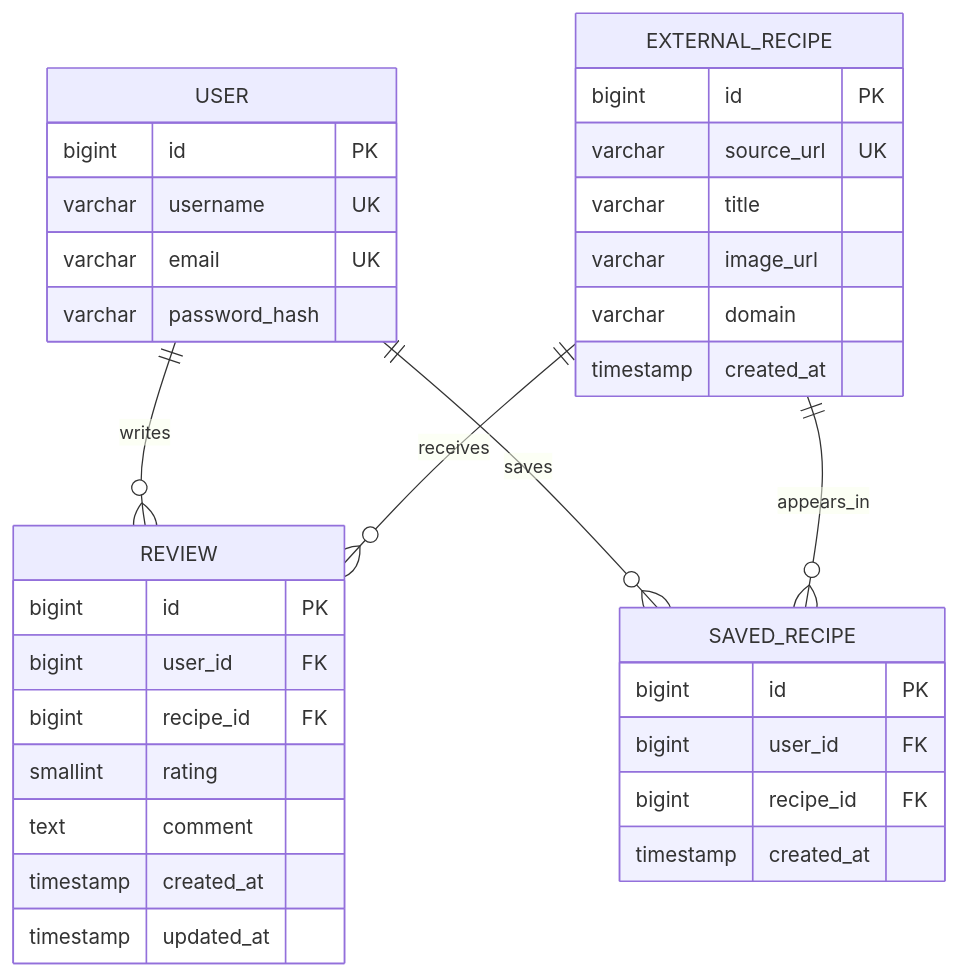
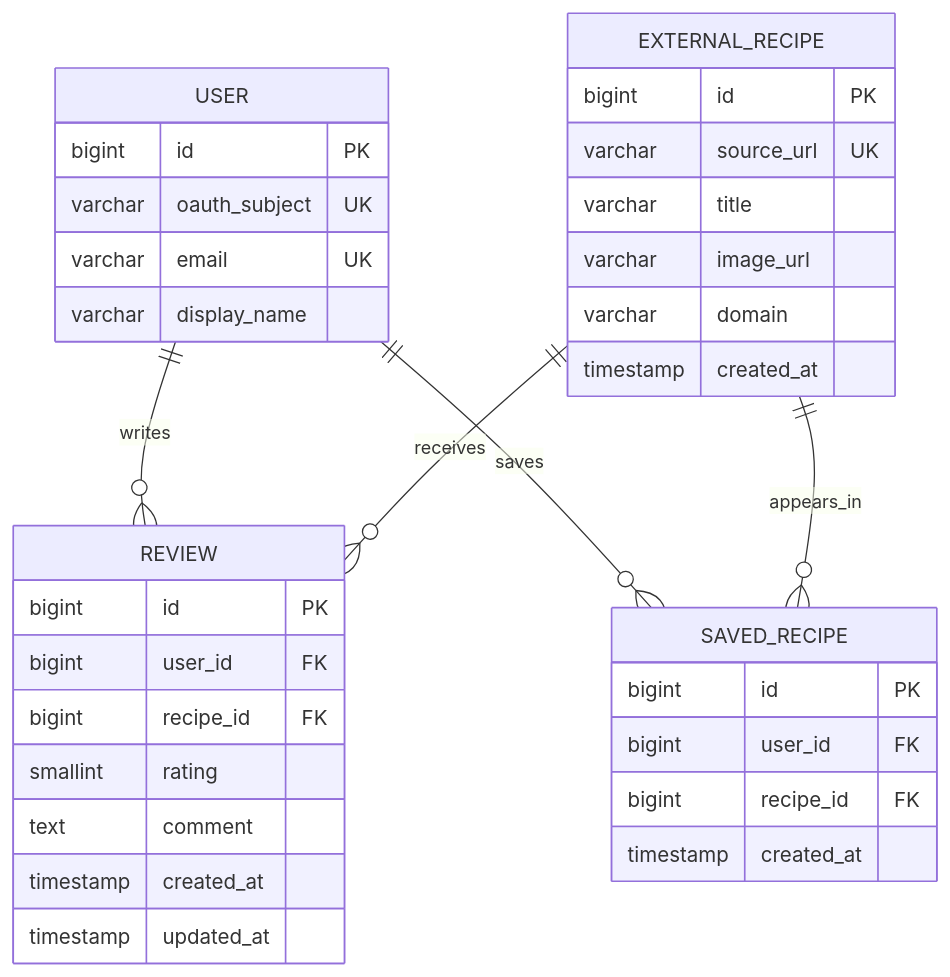
One commit to elsagw/recepie-plattform changed the second of 3 diagrams in docs/ARCHITECTURE.md. Above: the diagram before and after it, drawn with Mermaid. The commit also changed other lines of this file and 2 other files, not shown here.

````diff
--- a/docs/ARCHITECTURE.md
+++ b/docs/ARCHITECTURE.md
@@ -18,37 +19,37 @@
 ```mermaid
 erDiagram
     USER ||--o{ REVIEW : writes
     EXTERNAL_RECIPE ||--o{ REVIEW : receives
     USER ||--o{ SAVED_RECIPE : saves
     EXTERNAL_RECIPE ||--o{ SAVED_RECIPE : appears_in
 
     USER {
         bigint id PK
-        varchar username UK
+        varchar oauth_subject UK
         varchar email UK
-        varchar password_hash
+        varchar display_name
     }
     EXTERNAL_RECIPE {
         bigint id PK
         varchar source_url UK
         varchar title
         varchar image_url
         varchar domain
         timestamp created_at
     }
     REVIEW {
         bigint id PK
         bigint user_id FK
         bigint recipe_id FK
         smallint rating
         text comment
         timestamp created_at
         timestamp updated_at
     }
     SAVED_RECIPE {
         bigint id PK
         bigint user_id FK
         bigint recipe_id FK
         timestamp created_at
     }
 ```
````
